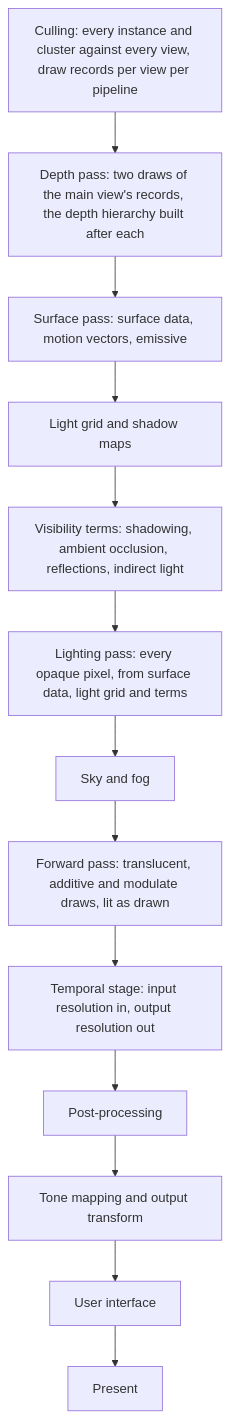
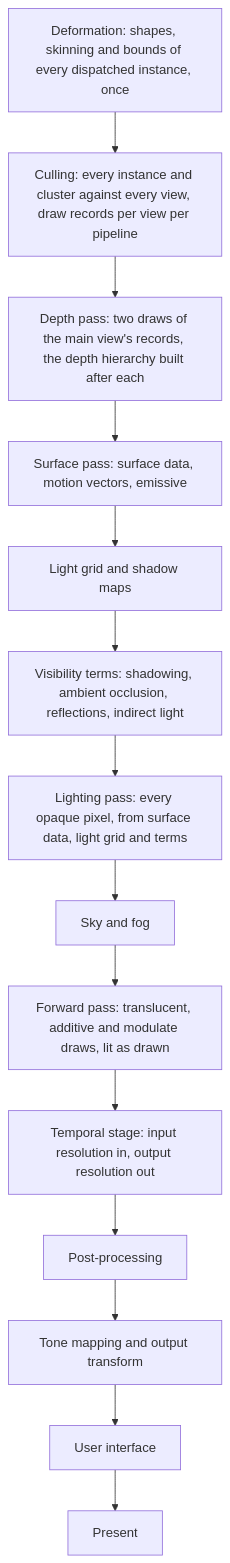
The second of 3 diagrams in docs/architecture/scene-renderer.md (plainsight-systems/bullet-witch), drawn with Mermaid before and after one commit. The commit also changed other lines of this file and 6 other files, not shown here.

Commit message:
Describe the geometry feed: deformation once per frame into copies every pass reads

````diff
--- a/docs/architecture/scene-renderer.md
+++ b/docs/architecture/scene-renderer.md
@@ -77,15 +80,16 @@
 ```mermaid
 flowchart TD
-    CU["Culling: every instance and cluster against every view, draw records per view per pipeline"] --> DP["Depth pass: two draws of the main view's records, the depth hierarchy built after each"]
+    DF["Deformation: shapes, skinning and bounds of every dispatched instance, once"] --> CU["Culling: every instance and cluster against every view, draw records per view per pipeline"]
+    CU --> DP["Depth pass: two draws of the main view's records, the depth hierarchy built after each"]
     DP --> SP["Surface pass: surface data, motion vectors, emissive"]
     SP --> LG["Light grid and shadow maps"]
     LG --> VT["Visibility terms: shadowing, ambient occlusion, reflections, indirect light"]
     VT --> LP["Lighting pass: every opaque pixel, from surface data, light grid and terms"]
     LP --> SF["Sky and fog"]
     SF --> FP["Forward pass: translucent, additive and modulate draws, lit as drawn"]
     FP --> TS["Temporal stage: input resolution in, output resolution out"]
     TS --> PP["Post-processing"]
     PP --> TM["Tone mapping and output transform"]
     TM --> UI["User interface"]
     UI --> PR["Present"]
 ```
````
